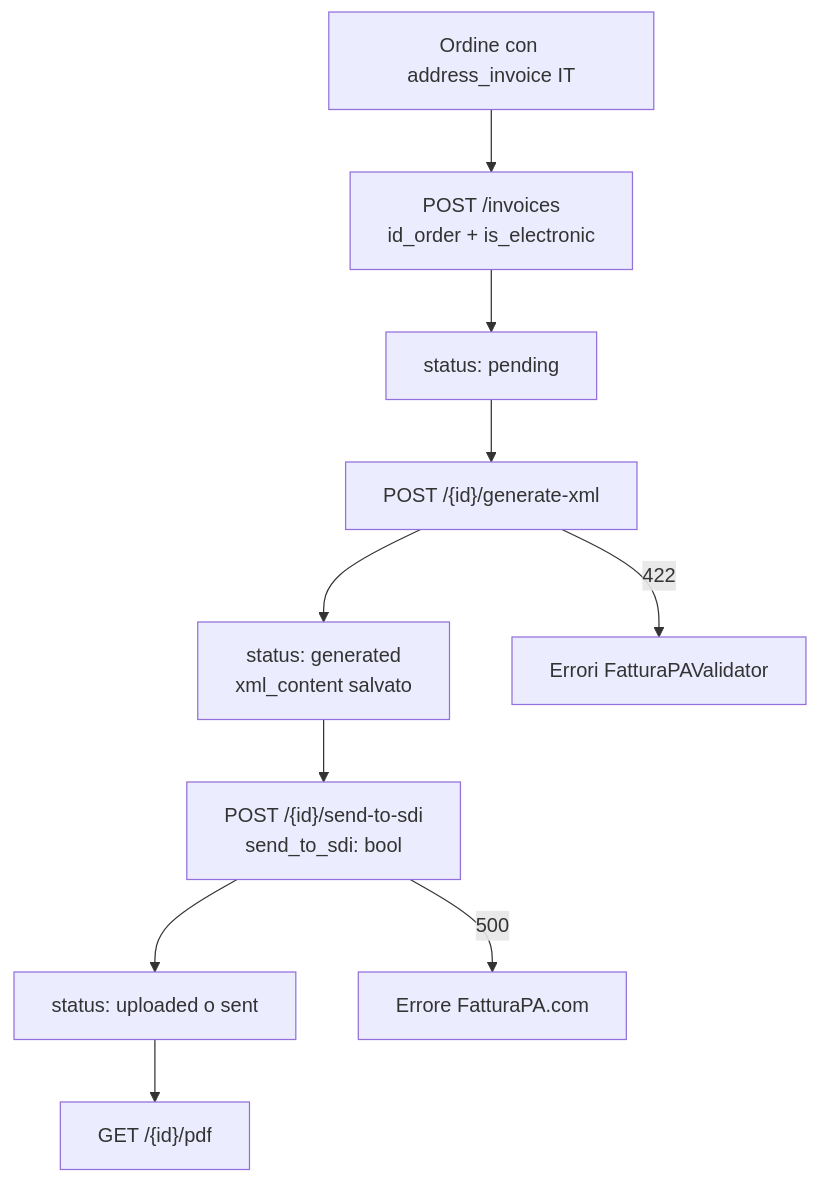
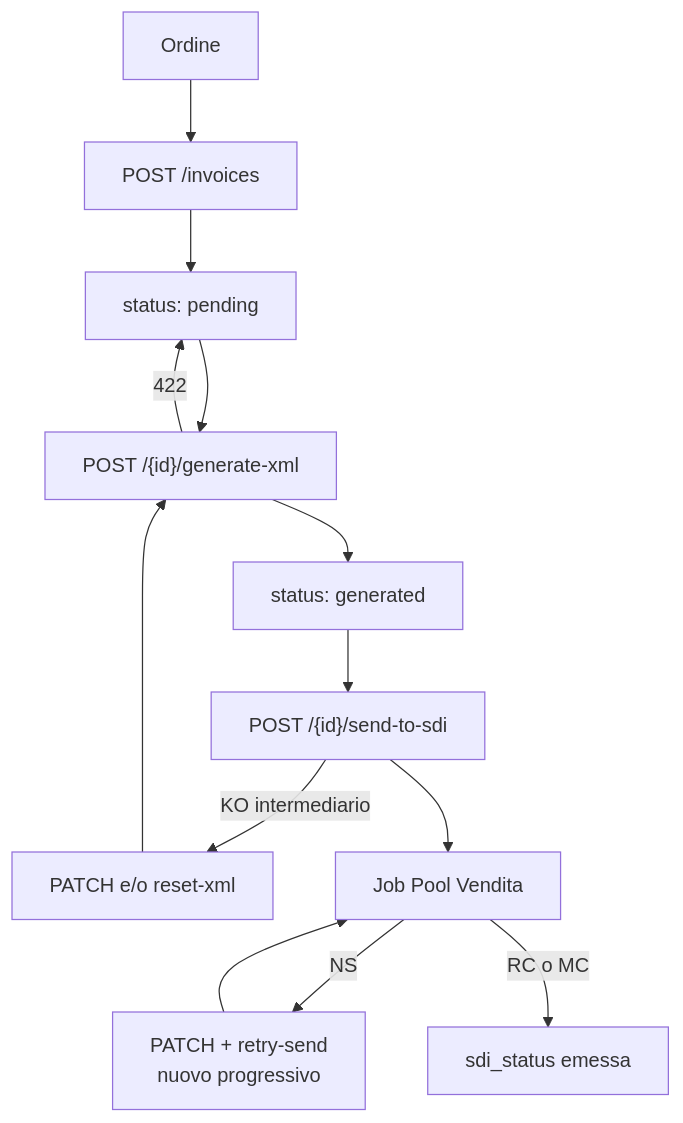
One commit to slafragola93/ECommerceManagerAPI changed the diagram in docs/FATTURAPA.md. Above: the diagram before and after it, drawn with Mermaid. The commit also changed other lines of this file and 47 other files, not shown here.

````diff
--- a/docs/FATTURAPA.md
+++ b/docs/FATTURAPA.md
@@ -55,12 +60,15 @@
 ```mermaid
 flowchart TD
-  order[Ordine con address_invoice IT] --> create["POST /invoices\nid_order + is_electronic"]
+  order[Ordine] --> create["POST /invoices"]
   create --> pending["status: pending"]
   pending --> genXml["POST /{id}/generate-xml"]
-  genXml --> generated["status: generated\nxml_content salvato"]
-  generated --> upload["POST /{id}/send-to-sdi\nsend_to_sdi: bool"]
-  upload --> uploaded["status: uploaded o sent"]
-  uploaded --> pdf["GET /{id}/pdf"]
-  genXml -->|422| validationErr[Errori FatturaPAValidator]
-  upload -->|500| uploadErr[Errore FatturaPA.com]
+  genXml -->|422| pending
+  genXml --> generated["status: generated"]
+  generated --> send["POST /{id}/send-to-sdi"]
+  send -->|KO intermediario| reset["PATCH e/o reset-xml"]
+  reset --> genXml
+  send --> poll[Job Pool Vendita]
+  poll -->|NS| nsFix["PATCH + retry-send\nnuovo progressivo"]
+  nsFix --> poll
+  poll -->|RC o MC| done[sdi_status emessa]
 ```
````
